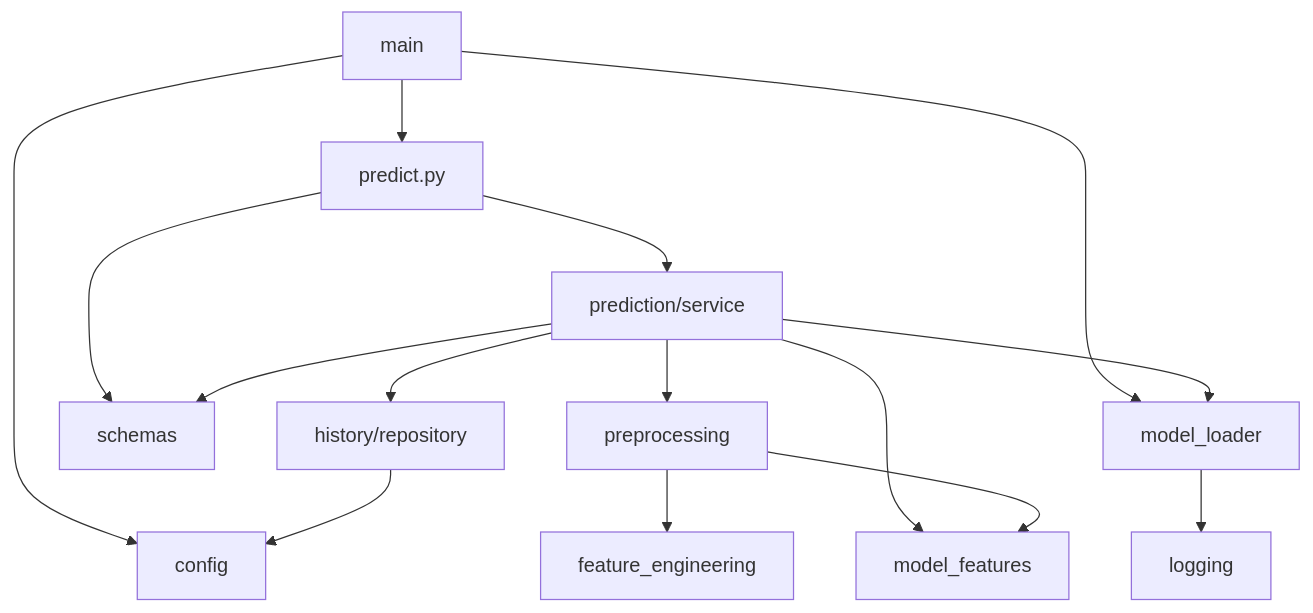
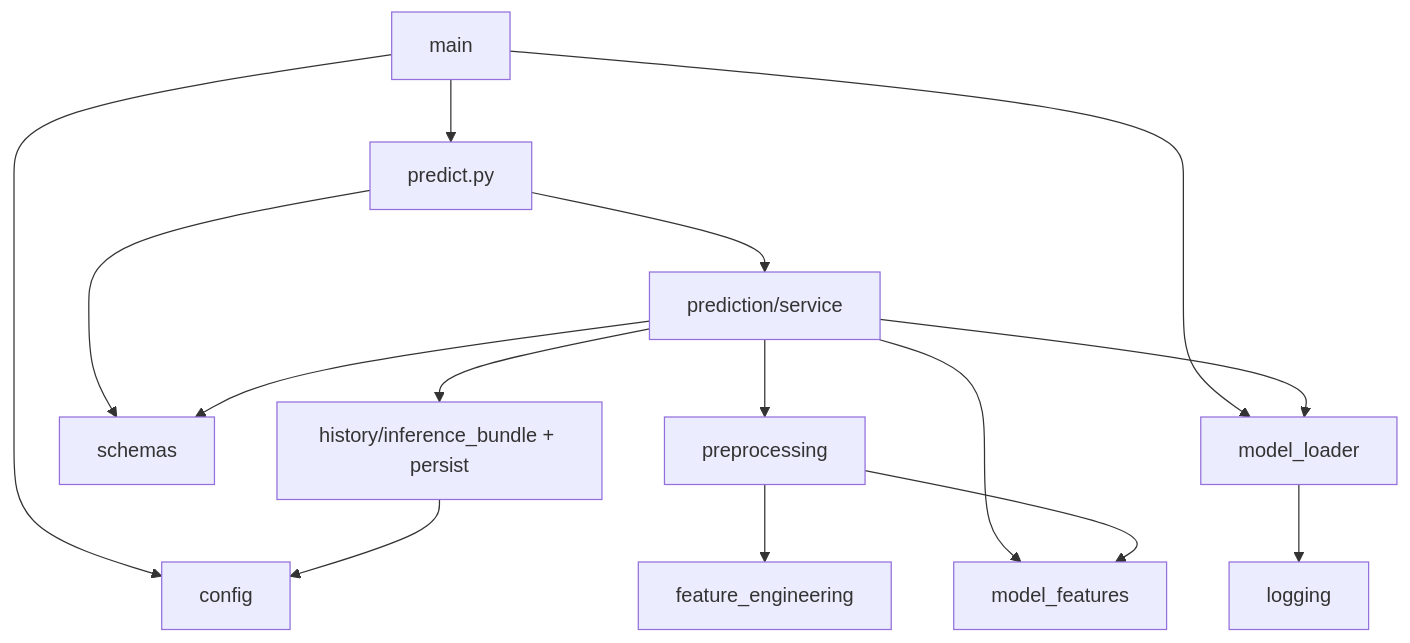
Before and after one commit to yahav97/final_project_AthleAgent: the second of 2 diagrams in backend/docs/LLD.md, drawn with Mermaid. The commit also changed other lines of this file and 18 other files, not shown here.

````diff
--- a/backend/docs/LLD.md
+++ b/backend/docs/LLD.md
@@ -521,22 +521,22 @@
 ```mermaid
 flowchart TD
     main --> config
     main --> predict_route[predict.py]
     main --> model_loader
 
     predict_route --> prediction_svc[prediction/service]
     predict_route --> schemas
 
-    prediction_svc --> history_repo[history/repository]
+    prediction_svc --> history_pkg[history/inference_bundle + persist]
     prediction_svc --> preprocessing
     prediction_svc --> model_features
     prediction_svc --> model_loader
     prediction_svc --> schemas
 
     preprocessing --> feature_engineering
     preprocessing --> model_features
 
-    history_repo --> config
+    history_pkg --> config
 
     model_loader --> logging
 ```
````
